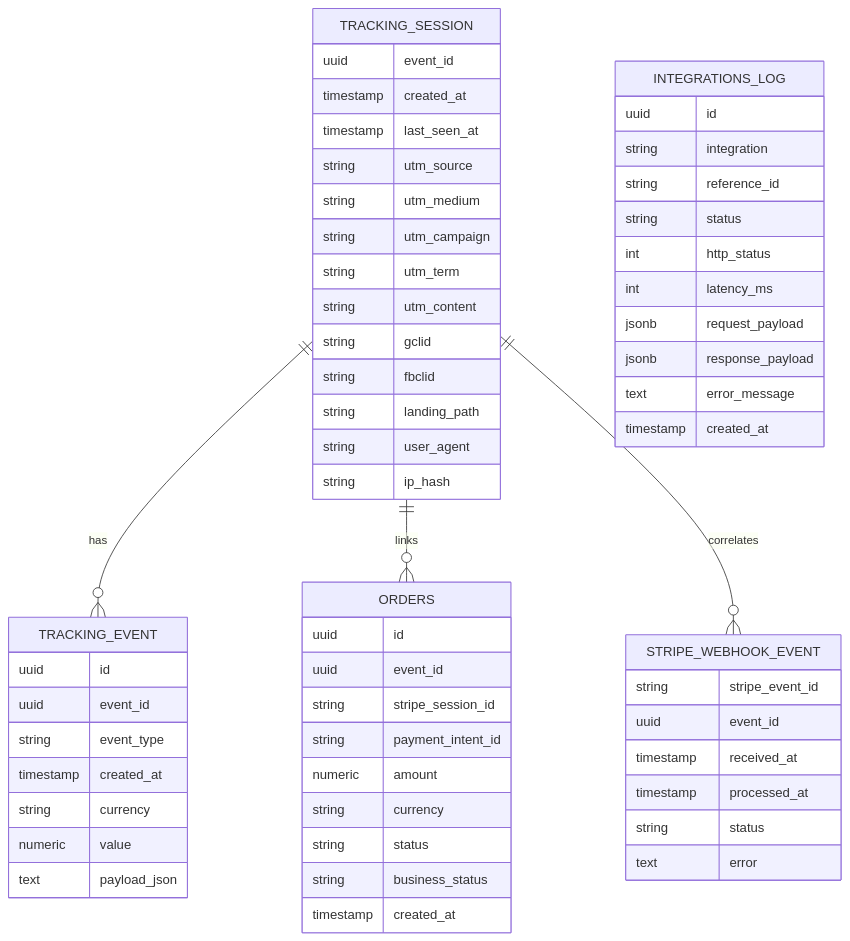
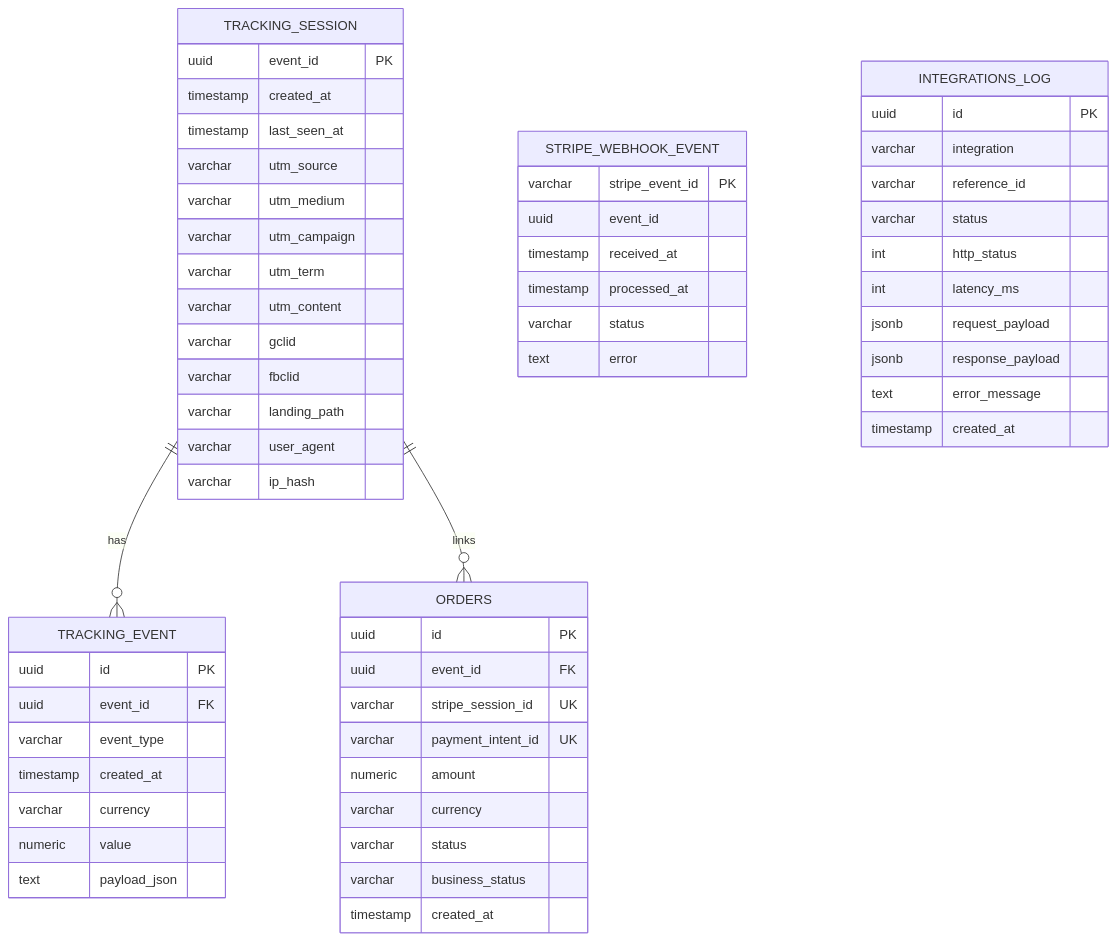
Before and after one commit to No-Country-simulation/S02-26-Equipo-15-Web-App-Development: the diagram in infra/modelo_bdd.md, drawn with Mermaid. The commit also changed other lines of this file and 7 other files, not shown here.

Commit message:
docs: update architecture, BDD, and business context

````diff
--- a/infra/modelo_bdd.md
+++ b/infra/modelo_bdd.md
@@ -5,66 +7,65 @@
 ```mermaid
 erDiagram
   TRACKING_SESSION {
-    uuid event_id
+    uuid event_id PK
     timestamp created_at
     timestamp last_seen_at
-    string utm_source
-    string utm_medium
-    string utm_campaign
-    string utm_term
-    string utm_content
-    string gclid
-    string fbclid
-    string landing_path
-    string user_agent
-    string ip_hash
+    varchar utm_source
+    varchar utm_medium
+    varchar utm_campaign
+    varchar utm_term
+    varchar utm_content
+    varchar gclid
+    varchar fbclid
+    varchar landing_path
+    varchar user_agent
+    varchar ip_hash
   }
 
   TRACKING_EVENT {
-    uuid id
-    uuid event_id
-    string event_type
+    uuid id PK
+    uuid event_id FK
+    varchar event_type
     timestamp created_at
-    string currency
+    varchar currency
     numeric value
     text payload_json
   }
 
   ORDERS {
-    uuid id
-    uuid event_id
-    string stripe_session_id
-    string payment_intent_id
+    uuid id PK
+    uuid event_id FK
+    varchar stripe_session_id UK
+    varchar payment_intent_id UK
     numeric amount
-    string currency
-    string status
-    string business_status
+    varchar currency
+    varchar status
+    varchar business_status
     timestamp created_at
   }
 
   STRIPE_WEBHOOK_EVENT {
-    string stripe_event_id
+    varchar stripe_event_id PK
     uuid event_id
     timestamp received_at
     timestamp processed_at
-    string status
+    varchar status
     text error
   }
 
   INTEGRATIONS_LOG {
-    uuid id
-    string integration
-    string reference_id
-    string status
+    uuid id PK
+    varchar integration
+    varchar reference_id
+    varchar status
     int http_status
     int latency_ms
     jsonb request_payload
     jsonb response_payload
     text error_message
     timestamp created_at
   }
 
   TRACKING_SESSION ||--o{ TRACKING_EVENT : has
   TRACKING_SESSION ||--o{ ORDERS : links
-  TRACKING_SESSION ||--o{ STRIPE_WEBHOOK_EVENT : correlates
 ```
````
